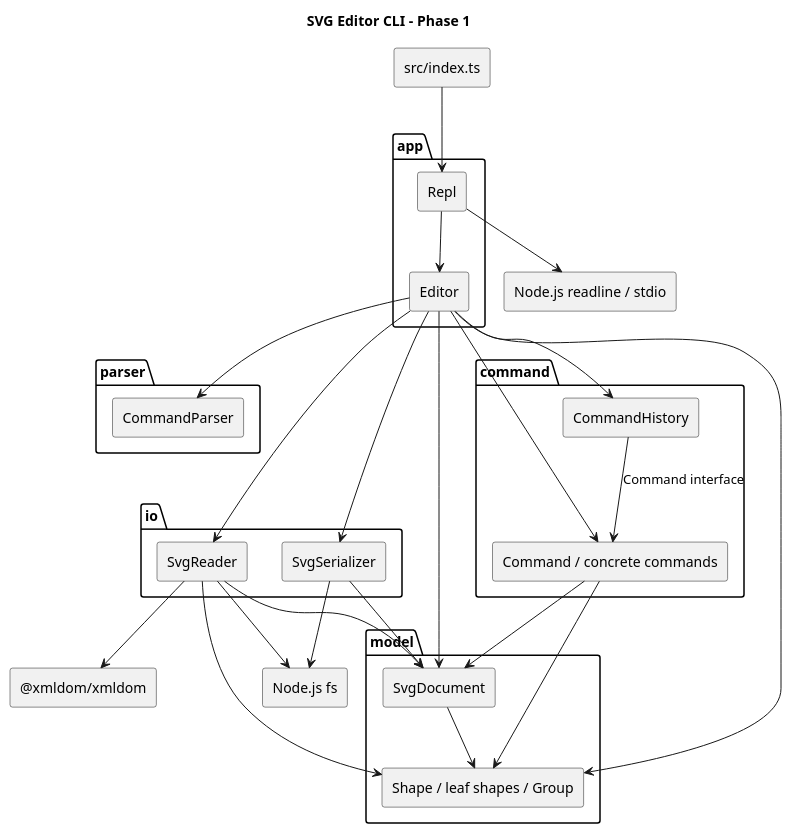
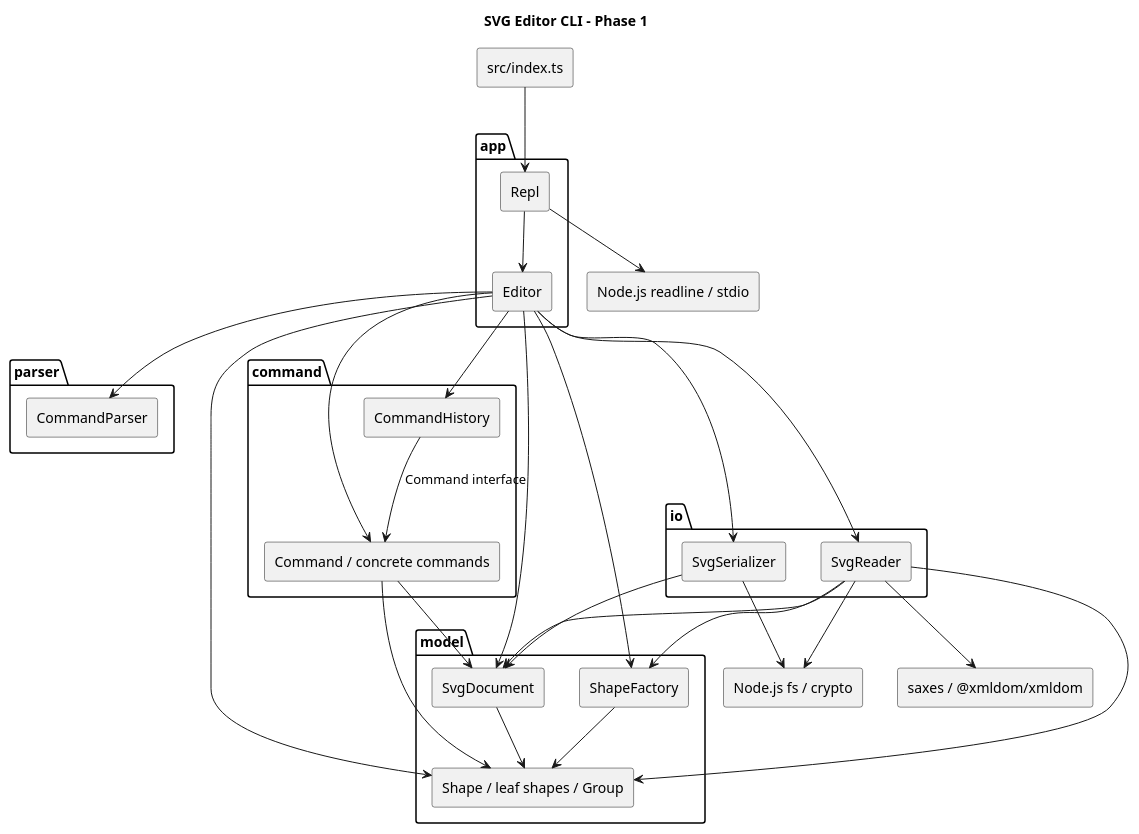
One commit to vanilla-tiramisu/svg-editor changed the diagram in doc/README.md. Above: the diagram before and after it, drawn with PlantUML. The commit also changed other lines of this file and 27 other files, not shown here.

````diff
--- a/doc/README.md
+++ b/doc/README.md
@@ -52,51 +59,55 @@
 ```plantuml
 @startuml
 title SVG Editor CLI - Phase 1
 skinparam componentStyle rectangle
 
 component "src/index.ts" as Entry
 package "app" {
   component Repl
   component Editor
 }
 package "parser" {
   component CommandParser
 }
 package "command" {
   component "Command / concrete commands" as Commands
   component CommandHistory
 }
 package "model" {
   component "Shape / leaf shapes / Group" as Shapes
   component SvgDocument
+  component ShapeFactory
 }
 package "io" {
   component SvgReader
   component SvgSerializer
 }
 component "Node.js readline / stdio" as Terminal
-component "Node.js fs" as FileSystem
-component "@xmldom/xmldom" as XML
+component "Node.js fs / crypto" as FileSystem
+component "saxes / @xmldom/xmldom" as XML
 
 Entry --> Repl
 Repl --> Editor
 Repl --> Terminal
 Editor --> CommandParser
 Editor --> Commands
 Editor --> CommandHistory
 Editor --> Shapes
+Editor --> ShapeFactory
 Editor --> SvgDocument
 Editor --> SvgReader
 Editor --> SvgSerializer
 CommandHistory --> Commands : Command interface
 Commands --> Shapes
 Commands --> SvgDocument
 SvgReader --> Shapes
+SvgReader --> ShapeFactory
 SvgReader --> SvgDocument
 SvgReader --> FileSystem
 SvgReader --> XML
 SvgSerializer --> SvgDocument
 SvgSerializer --> FileSystem
 SvgDocument --> Shapes
+ShapeFactory --> Shapes
 @enduml
 ```
````
